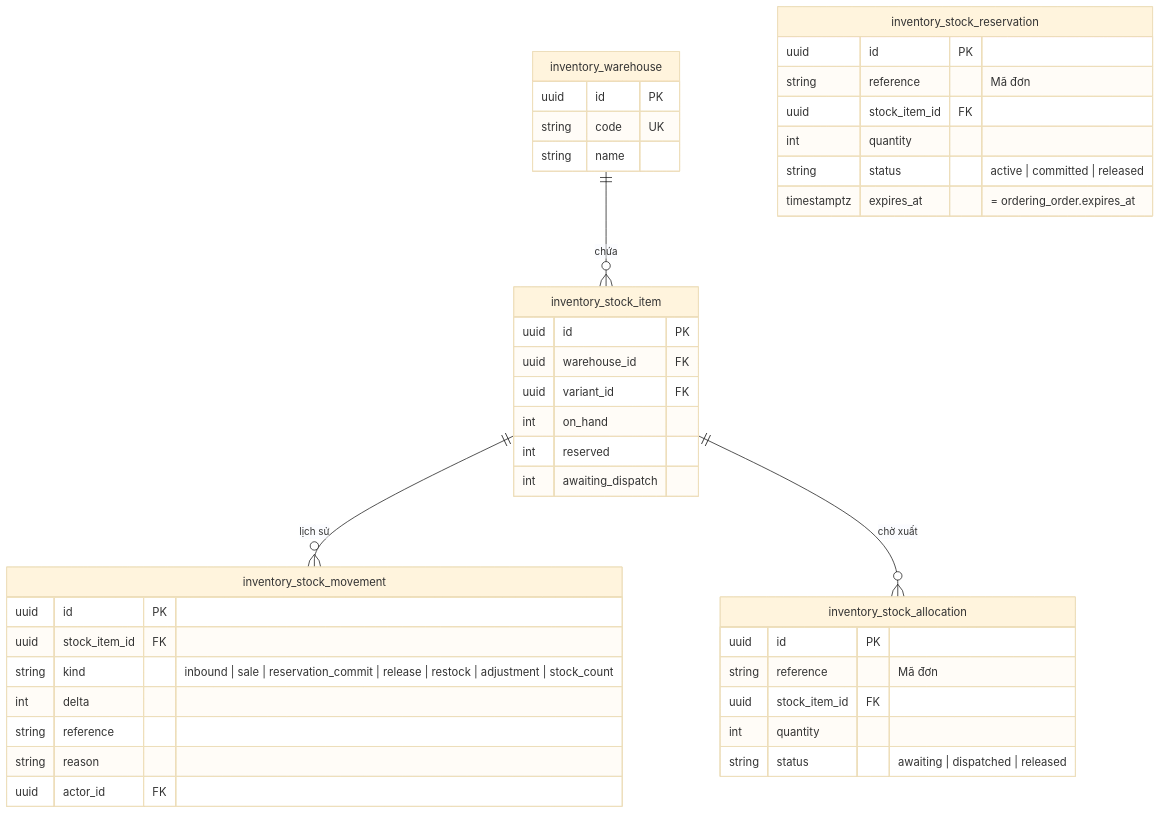
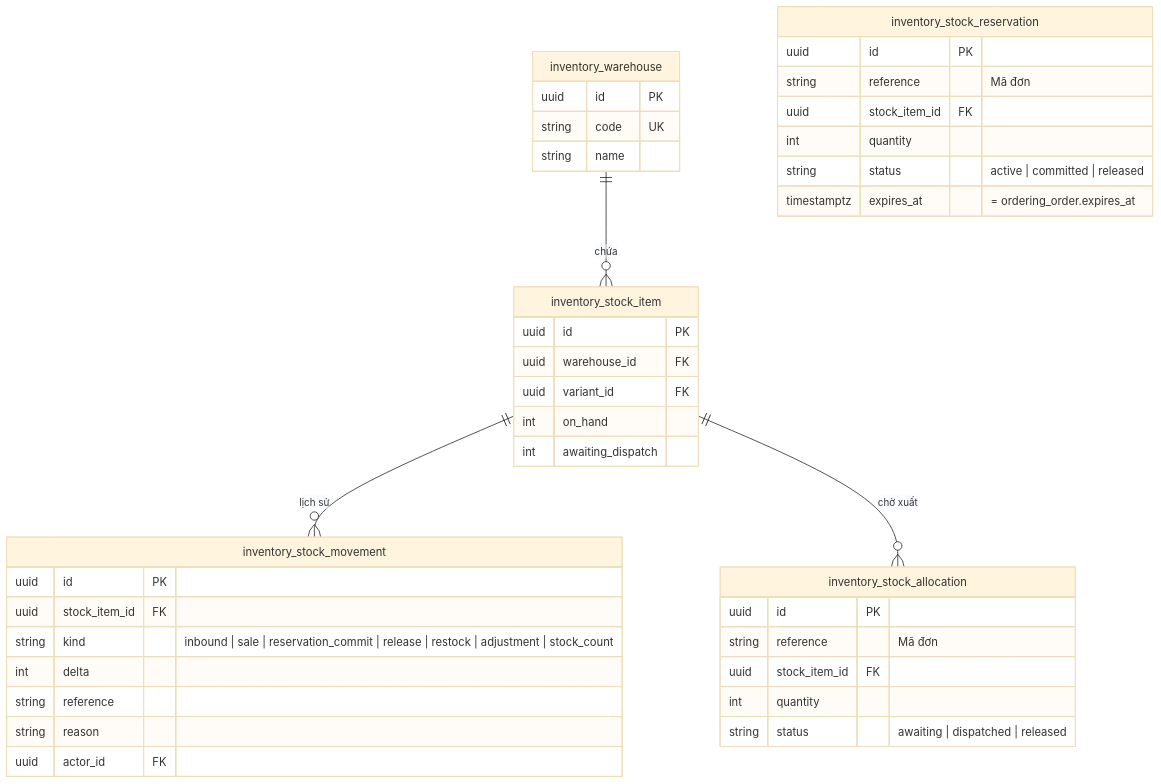
One commit to LuongCongThanh/boilerplate-ecommerce-next-16 changed the fourth of 9 diagrams in docs/architecture/03-data-model.md. Above: the diagram before and after it, drawn with Mermaid (base theme). The commit also changed other lines of this file and 2 other files, not shown here.

````diff
--- a/docs/architecture/03-data-model.md
+++ b/docs/architecture/03-data-model.md
@@ -210,43 +209,42 @@
 ```mermaid
 erDiagram
     inventory_warehouse ||--o{ inventory_stock_item : "chứa"
     inventory_stock_item ||--o{ inventory_stock_movement : "lịch sử"
     inventory_stock_item ||--o{ inventory_stock_allocation : "chờ xuất"
     inventory_warehouse {
         uuid id PK
         string code UK
         string name
     }
     inventory_stock_item {
         uuid id PK
         uuid warehouse_id FK
         uuid variant_id FK
         int on_hand
-        int reserved
         int awaiting_dispatch
     }
     inventory_stock_allocation {
         uuid id PK
         string reference "Mã đơn"
         uuid stock_item_id FK
         int quantity
         string status "awaiting | dispatched | released"
     }
     inventory_stock_reservation {
         uuid id PK
         string reference "Mã đơn"
         uuid stock_item_id FK
         int quantity
         string status "active | committed | released"
         timestamptz expires_at "= ordering_order.expires_at"
     }
     inventory_stock_movement {
         uuid id PK
         uuid stock_item_id FK
         string kind "inbound | sale | reservation_commit | release | restock | adjustment | stock_count"
         int delta
         string reference
         string reason
         uuid actor_id FK
     }
 ```
````
